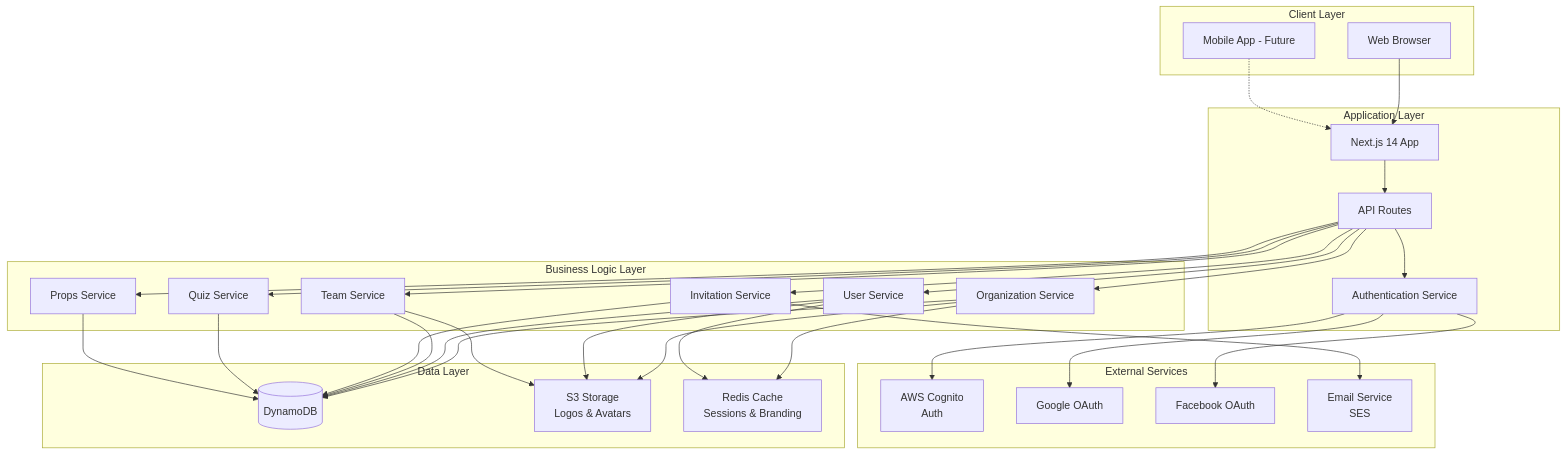
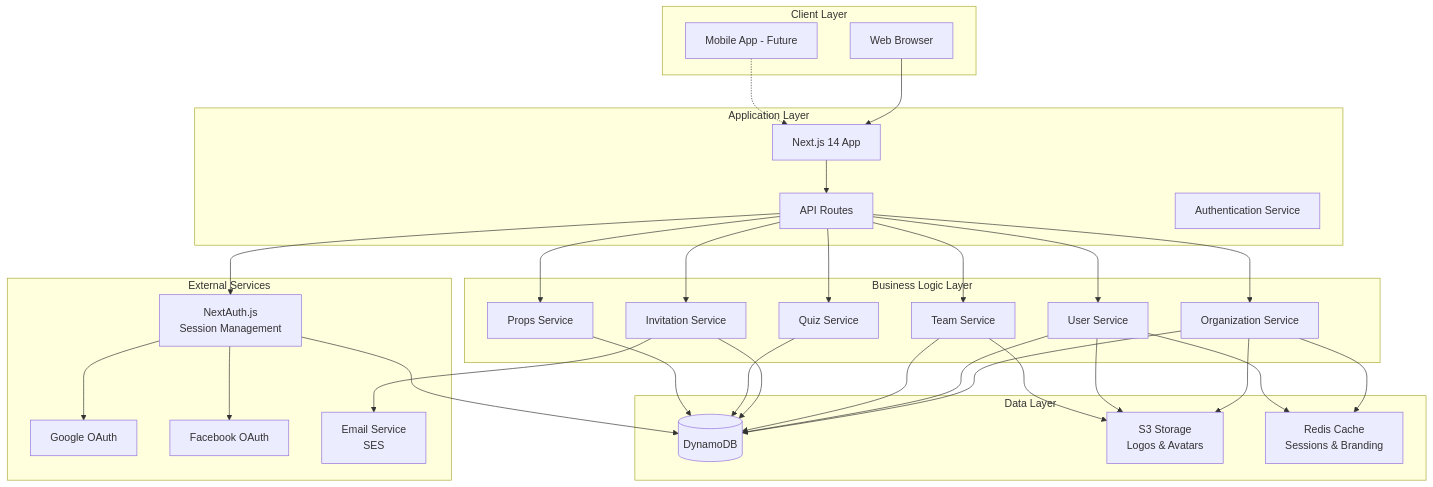
One commit to deanwheatley/knowUbetter changed the first of 8 diagrams in docs/design/architecture-diagrams.md. Above: the diagram before and after it, drawn with Mermaid. The commit also changed other lines of this file and 10 other files, not shown here.

````diff
--- a/docs/design/architecture-diagrams.md
+++ b/docs/design/architecture-diagrams.md
@@ -5,67 +5,67 @@
 ```mermaid
 graph TB
     subgraph "Client Layer"
         Web[Web Browser]
         Mobile[Mobile App - Future]
     end
     
     subgraph "Application Layer"
         NextJS[Next.js 14 App]
         API[API Routes]
         Auth[Authentication Service]
     end
     
     subgraph "Business Logic Layer"
         OrgService[Organization Service]
         UserService[User Service]
         TeamService[Team Service]
         InviteService[Invitation Service]
         QuizService[Quiz Service]
         PropsService[Props Service]
     end
     
     subgraph "Data Layer"
         DynamoDB[(DynamoDB)]
         S3[S3 Storage<br/>Logos & Avatars]
         Cache[Redis Cache<br/>Sessions & Branding]
     end
     
     subgraph "External Services"
-        Cognito[AWS Cognito<br/>Auth]
+        NextAuth[NextAuth.js<br/>Session Management]
         GoogleSSO[Google OAuth]
         FacebookSSO[Facebook OAuth]
         Email[Email Service<br/>SES]
     end
     
     Web --> NextJS
     Mobile -.-> NextJS
     NextJS --> API
-    API --> Auth
+    API --> NextAuth
     
-    Auth --> Cognito
-    Auth --> GoogleSSO
-    Auth --> FacebookSSO
+    NextAuth --> GoogleSSO
+    NextAuth --> FacebookSSO
+    NextAuth --> DynamoDB
     
     API --> OrgService
     API --> UserService
     API --> TeamService
     API --> InviteService
     API --> QuizService
     API --> PropsService
     
     OrgService --> DynamoDB
     UserService --> DynamoDB
     TeamService --> DynamoDB
     InviteService --> DynamoDB
     QuizService --> DynamoDB
     PropsService --> DynamoDB
     
     OrgService --> S3
     UserService --> S3
     TeamService --> S3
     
     OrgService --> Cache
     UserService --> Cache
     
     InviteService --> Email
 ```
````
